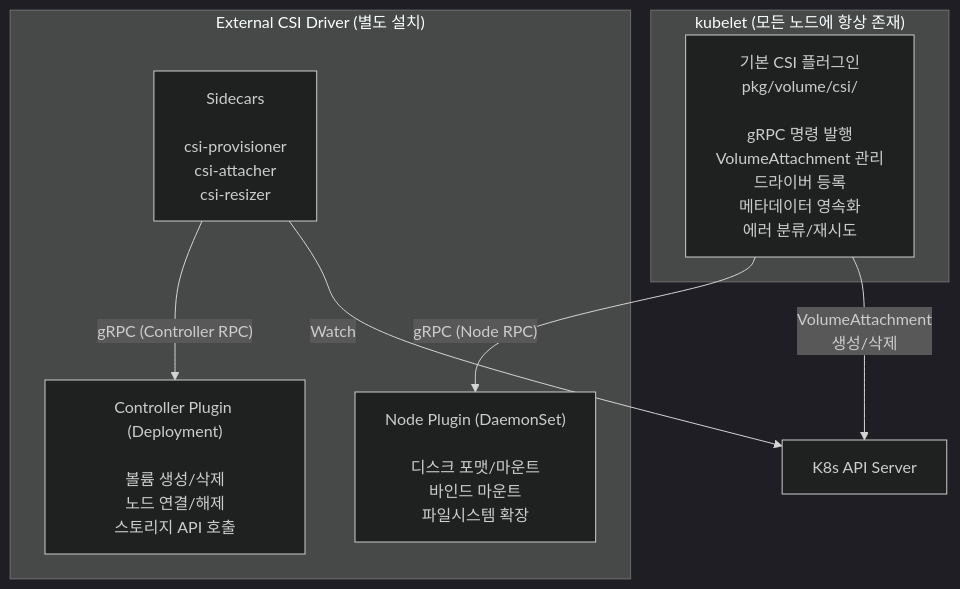
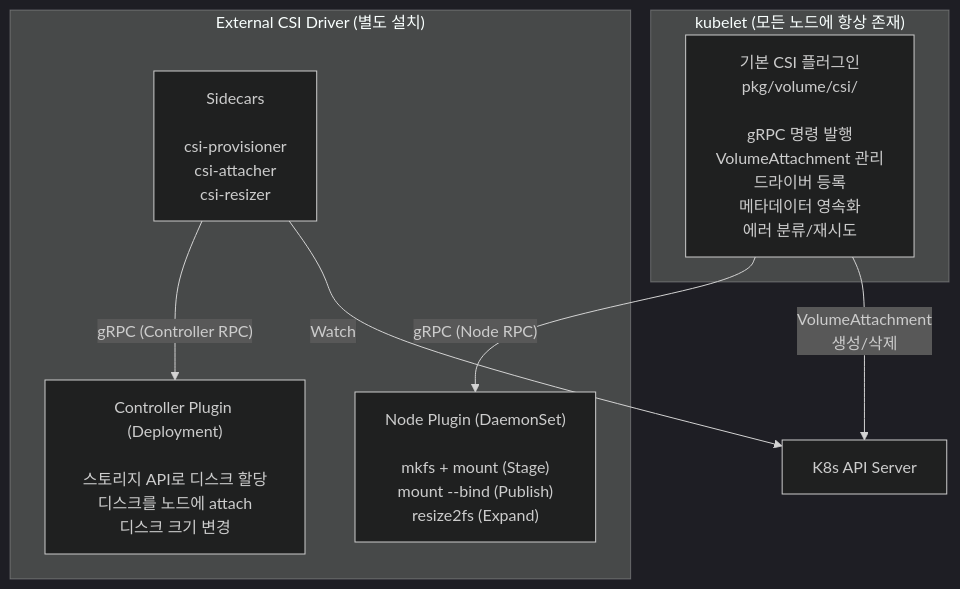
The fifth of 5 diagrams in _posts/2026-04-04-csi-driver-01.md (bianbbc87/bianbbc87.github.io), drawn with Mermaid (dark theme) before and after one commit. The commit also changed other lines of this file, not shown here.

````diff
--- a/_posts/2026-04-04-csi-driver-01.md
+++ b/_posts/2026-04-04-csi-driver-01.md
@@ -540,17 +550,17 @@
 ```mermaid
 graph TB
     subgraph "kubelet (모든 노드에 항상 존재)"
         A["기본 CSI 플러그인<br/>pkg/volume/csi/<br/><br/>gRPC 명령 발행<br/>VolumeAttachment 관리<br/>드라이버 등록<br/>메타데이터 영속화<br/>에러 분류/재시도"]
     end
 
     subgraph "External CSI Driver (별도 설치)"
-        B["Node Plugin (DaemonSet)<br/><br/>디스크 포맷/마운트<br/>바인드 마운트<br/>파일시스템 확장"]
-        C["Controller Plugin (Deployment)<br/><br/>볼륨 생성/삭제<br/>노드 연결/해제<br/>스토리지 API 호출"]
+        B["Node Plugin (DaemonSet)<br/><br/>mkfs + mount (Stage)<br/>mount --bind (Publish)<br/>resize2fs (Expand)"]
+        C["Controller Plugin (Deployment)<br/><br/>스토리지 API로 디스크 할당<br/>디스크를 노드에 attach<br/>디스크 크기 변경"]
         D["Sidecars<br/><br/>csi-provisioner<br/>csi-attacher<br/>csi-resizer"]
     end
 
     A -->|"gRPC (Node RPC)"| B
     D -->|"gRPC (Controller RPC)"| C
     D -->|"Watch"| API["K8s API Server"]
     A -->|"VolumeAttachment<br/>생성/삭제"| API
 ```
````
